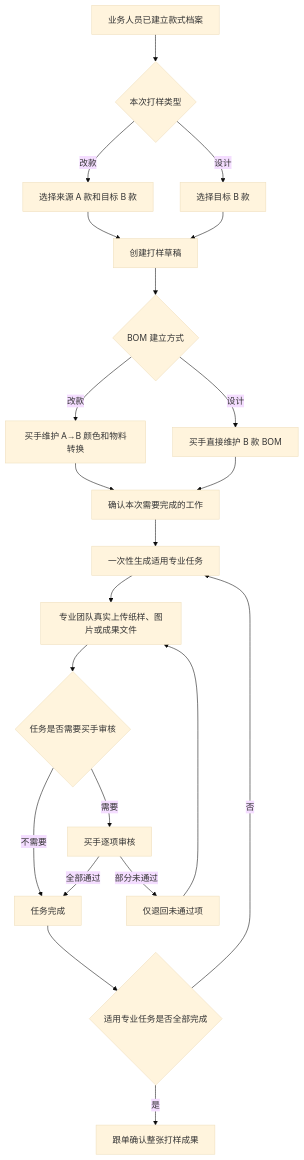
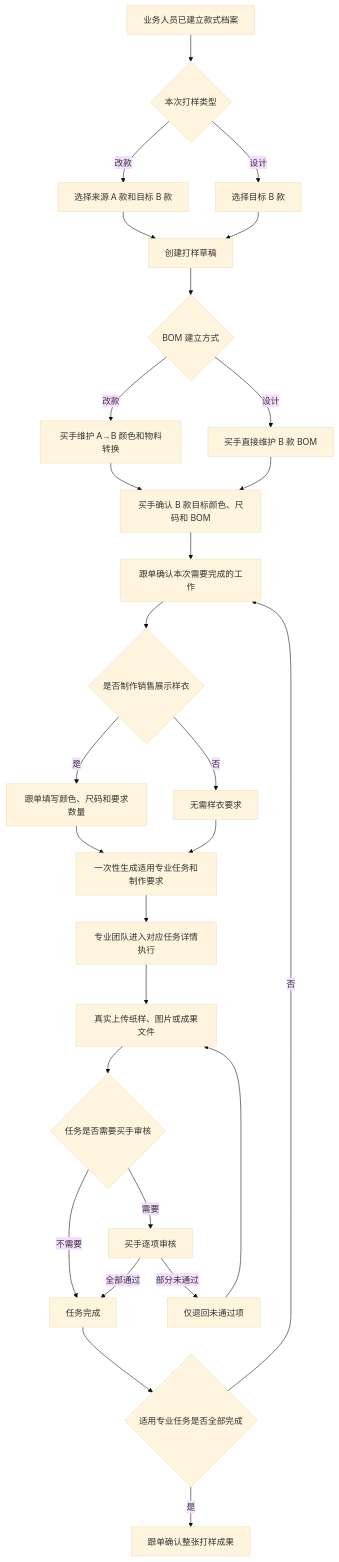
Before and after one commit to laoertongxue/higoods: the seventh of 13 diagrams in docs/product-design/PCS生产工程管理完整调整方案.md, drawn with Mermaid (base theme). The commit also changed other lines of this file and 23 other files, not shown here.

````diff
--- a/docs/product-design/PCS生产工程管理完整调整方案.md
+++ b/docs/product-design/PCS生产工程管理完整调整方案.md
@@ -412,24 +559,30 @@
 ```mermaid
 flowchart TD
     A["业务人员已建立款式档案"] --> B{"本次打样类型"}
     B -->|"改款"| C["选择来源 A 款和目标 B 款"]
     B -->|"设计"| D["选择目标 B 款"]
     C --> E["创建打样草稿"]
     D --> E
     E --> F{"BOM 建立方式"}
     F -->|"改款"| G["买手维护 A→B 颜色和物料转换"]
     F -->|"设计"| H["买手直接维护 B 款 BOM"]
-    G --> I["确认本次需要完成的工作"]
+    G --> I["买手确认 B 款目标颜色、尺码和 BOM"]
     H --> I
-    I --> J["一次性生成适用专业任务"]
-    J --> K["专业团队真实上传纸样、图片或成果文件"]
-    K --> L{"任务是否需要买手审核"}
+    I --> J["跟单确认本次需要完成的工作"]
+    J --> R{"是否制作销售展示样衣"}
+    R -->|"是"| S["跟单填写颜色、尺码和要求数量"]
+    R -->|"否"| T["无需样衣要求"]
+    S --> U["一次性生成适用专业任务和制作要求"]
+    T --> U
+    U --> K["专业团队进入对应任务详情执行"]
+    K --> V["真实上传纸样、图片或成果文件"]
+    V --> L{"任务是否需要买手审核"}
     L -->|"不需要"| M["任务完成"]
     L -->|"需要"| N["买手逐项审核"]
     N -->|"全部通过"| M
     N -->|"部分未通过"| O["仅退回未通过项"]
-    O --> K
+    O --> V
     M --> P{"适用专业任务是否全部完成"}
     P -->|"否"| J
     P -->|"是"| Q["跟单确认整张打样成果"]
 ```
````
